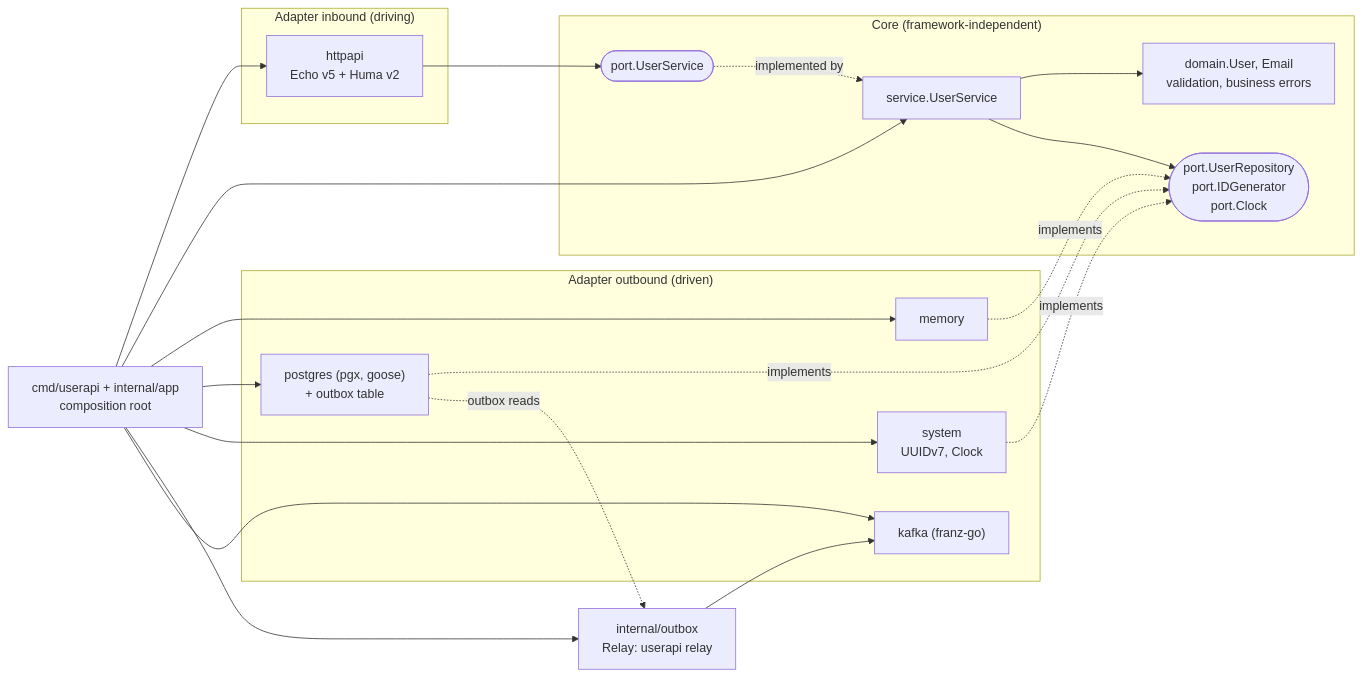
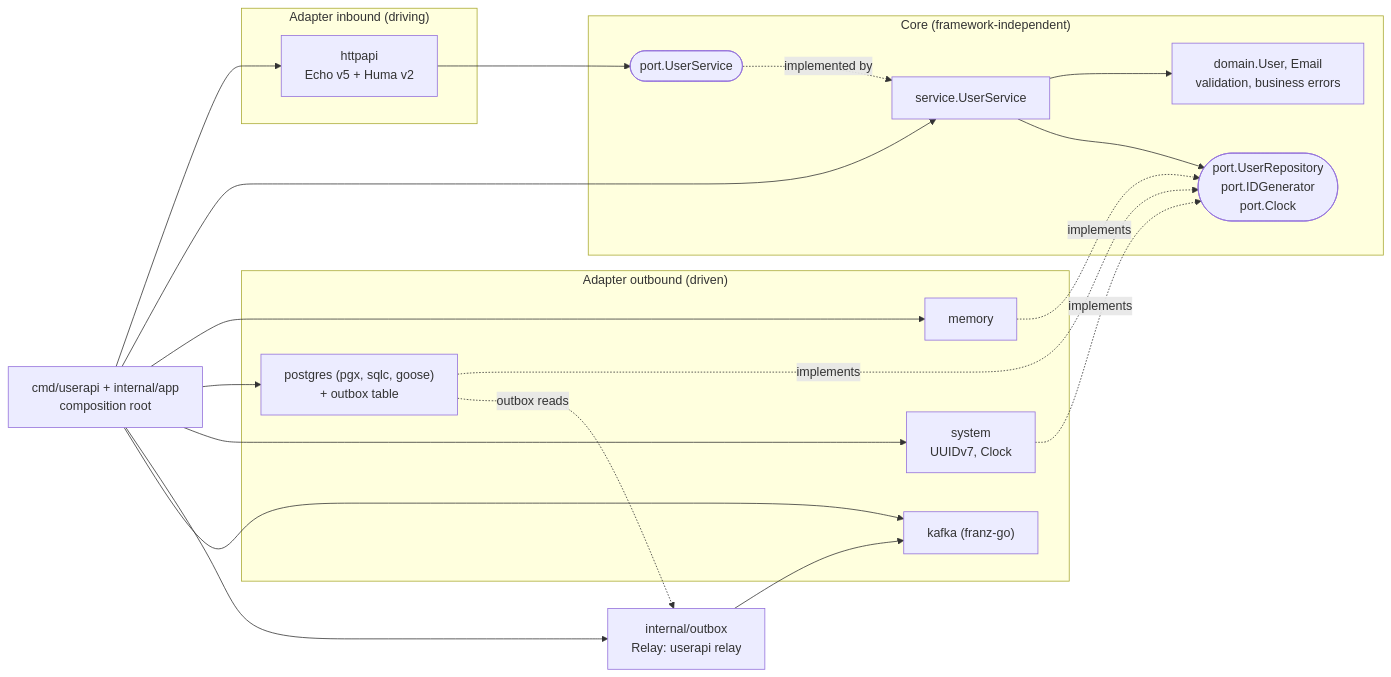
One commit to lannguyenit598/go-hexa-template changed the diagram in docs/architecture.md. Above: the diagram before and after it, drawn with Mermaid. The commit also changed other lines of this file and 21 other files, not shown here.

````diff
--- a/docs/architecture.md
+++ b/docs/architecture.md
@@ -7,29 +7,29 @@
 ```mermaid
 flowchart LR
     subgraph Inbound["Adapter inbound (driving)"]
         HTTP["httpapi<br/>Echo v5 + Huma v2"]
     end
     subgraph Core["Core (framework-independent)"]
         IP(["port.UserService"])
         SVC["service.UserService"]
         DOM["domain.User, Email<br/>validation, business errors"]
         OP(["port.UserRepository<br/>port.IDGenerator<br/>port.Clock"])
     end
     subgraph Outbound["Adapter outbound (driven)"]
         MEM["memory"]
-        PG["postgres (pgx, goose)<br/>+ outbox table"]
+        PG["postgres (pgx, sqlc, goose)<br/>+ outbox table"]
         SYS["system<br/>UUIDv7, Clock"]
         KAFKA["kafka (franz-go)"]
     end
     RELAY["internal/outbox<br/>Relay: userapi relay"]
     HTTP --> IP
     IP -.implemented by.-> SVC
     SVC --> DOM
     SVC --> OP
     MEM -.implements.-> OP
     PG -.implements.-> OP
     SYS -.implements.-> OP
     PG -.outbox reads.-> RELAY
     RELAY --> KAFKA
     ROOT["cmd/userapi + internal/app<br/>composition root"] --> HTTP & SVC & MEM & PG & SYS & RELAY & KAFKA
 ```
````
